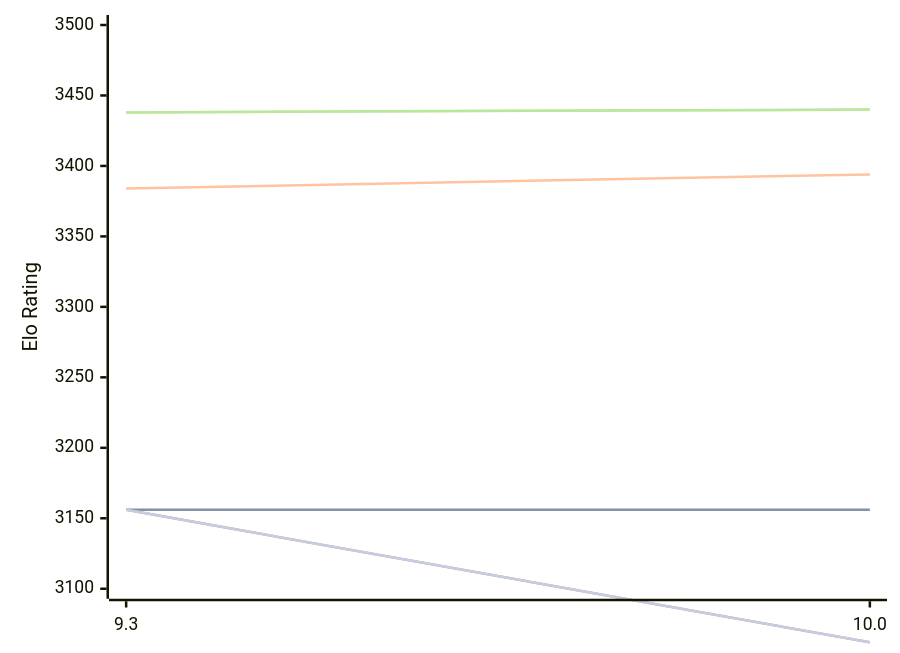
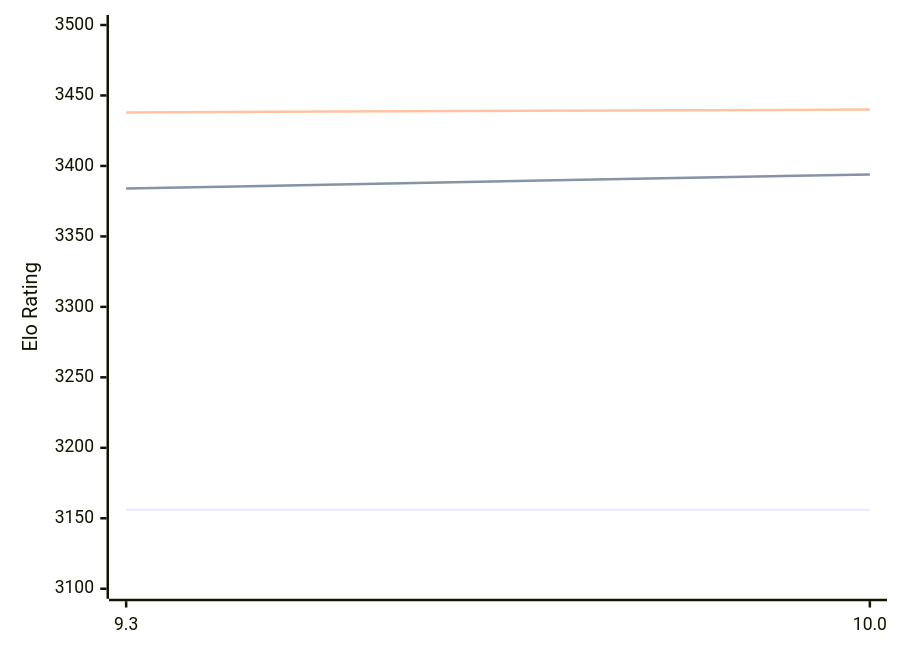
Before and after one commit to computer-chess-index/cci: the diagram in engines/Fire.md, drawn with Mermaid. The commit also changed other lines of this file, not shown here.

````diff
--- a/engines/Fire.md
+++ b/engines/Fire.md
@@ -48,13 +48,9 @@
 ```mermaid
 %%{init: {"theme":"base","themeVariables":{"seriesColors:['#a3a3a3','#222221','#faa371']}}}%%
 xychart-beta
   x-axis ["9.3", "10.0"]
   y-axis "Elo Rating" 3100 --> 3500
-  line "" [3156, 3156]
   line "T1: STC (8.0+0.08s)" [3156, 3156]
   line "T1: LTC (60.0+0.60s)" [3384, 3394]
-  line "" [3438, 3440]
   line "T1: VLTC (2m24s+1.12s)" [3438, 3440]
-  line "" [3156,3062]
-  line "E1: STC (8.0+0.08s)" [3156,3062]
 ```
````
